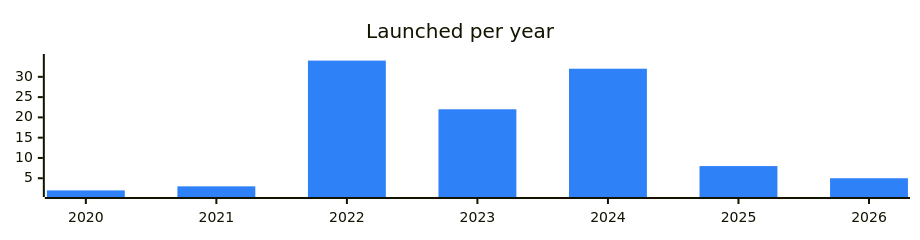
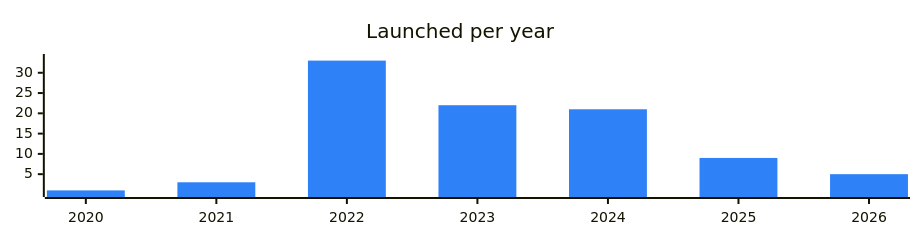
Before and after one commit to vitalikgpt/gram-ecosystem: the diagram in categories/devtools.md, drawn with Mermaid. The commit also changed other lines of this file and 69 other files, not shown here.

````diff
--- a/categories/devtools.md
+++ b/categories/devtools.md
@@ -7,7 +7,7 @@
 ```mermaid
 %%{init: {"xyChart": {"width": 900, "height": 220}, "themeVariables": {"xyChart": {"plotColorPalette": "#2f81f7"}}}}%%
 xychart-beta
   title "Launched per year"
   x-axis ["2020", "2021", "2022", "2023", "2024", "2025", "2026"]
-  bar [2, 3, 34, 22, 32, 8, 5]
+  bar [1, 3, 33, 22, 21, 9, 5]
 ```
````
